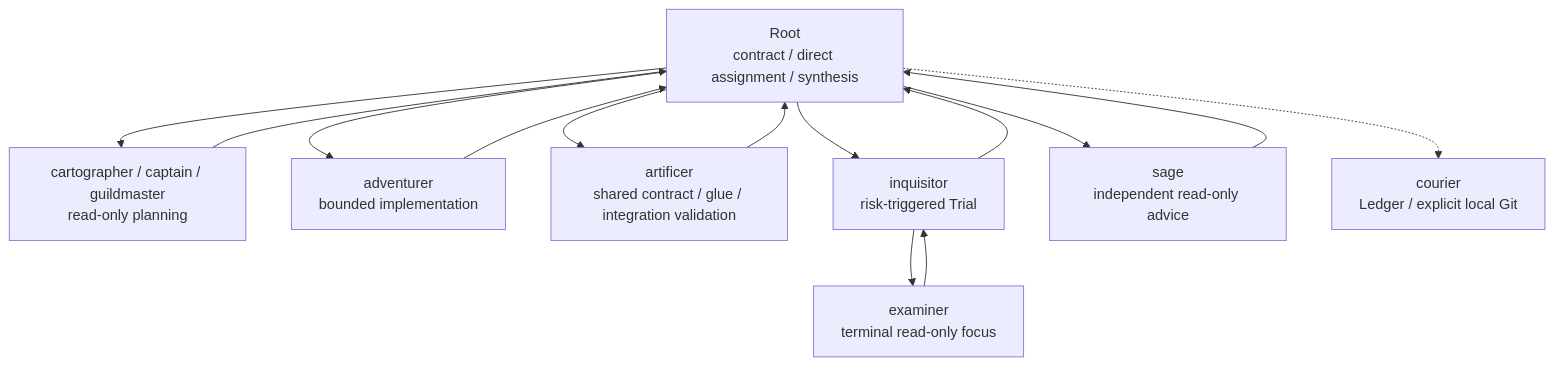
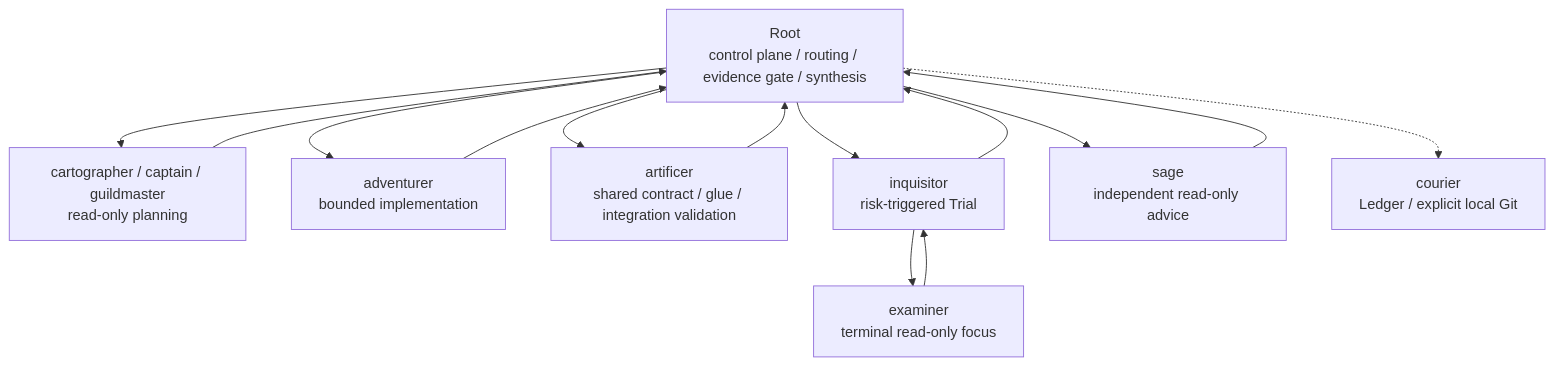
One commit to nir-nmttg/codex-guild-orchestra changed the diagram in docs/agent-deployment.md. Above: the diagram before and after it, drawn with Mermaid. The commit also changed other lines of this file and 65 other files, not shown here.

````diff
--- a/docs/agent-deployment.md
+++ b/docs/agent-deployment.md
@@ -65,25 +67,25 @@
 ```mermaid
 flowchart TB
-  root["Root\ncontract / direct assignment / synthesis"]
+  root["Root\ncontrol plane / routing / evidence gate / synthesis"]
   plan["cartographer / captain / guildmaster\nread-only planning"]
   worker["adventurer\nbounded implementation"]
   integrate["artificer\nshared contract / glue / integration validation"]
   trial["inquisitor\nrisk-triggered Trial"]
   examiner["examiner\nterminal read-only focus"]
   sage["sage\nindependent read-only advice"]
   courier["courier\nLedger / explicit local Git"]
 
   root --> plan
   plan --> root
   root --> worker
   worker --> root
   root --> integrate
   integrate --> root
   root --> trial
   trial --> examiner
   examiner --> trial
   root --> sage
   sage --> root
   trial --> root
   root -.-> courier
 ```
````
